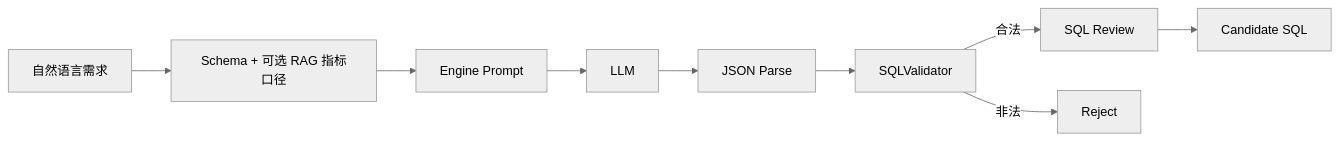
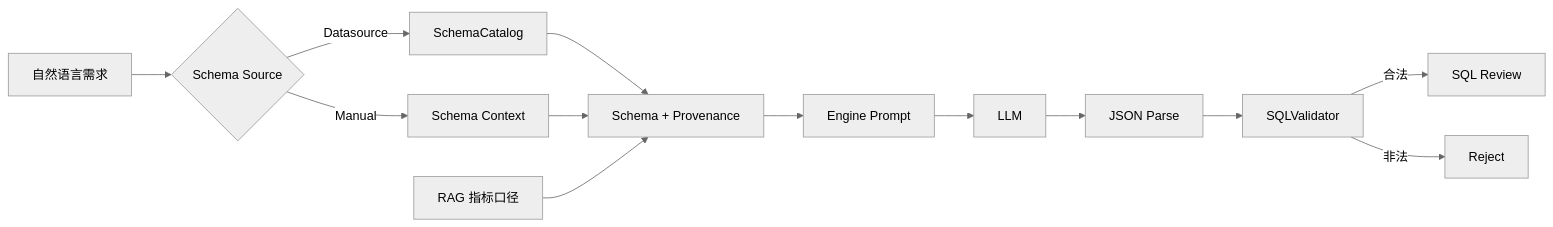
Before and after one commit to plutoczm/DataCopilot: the sixth of 10 diagrams in docs/ARCHITECTURE.md, drawn with Mermaid (neutral theme). The commit also changed other lines of this file, not shown here.

Commit message:
docs: add schema catalog and result oracle architecture

````diff
--- a/docs/ARCHITECTURE.md
+++ b/docs/ARCHITECTURE.md
@@ -129,11 +155,15 @@
 ```mermaid
 flowchart LR
-    NL[自然语言需求] --> Context[Schema + 可选 RAG 指标口径]
+    NL[自然语言需求] --> Source{Schema Source}
+    Source -->|Datasource| Catalog[SchemaCatalog]
+    Source -->|Manual| Manual[Schema Context]
+    Catalog --> Context[Schema + Provenance]
+    Manual --> Context
+    KB[RAG 指标口径] --> Context
     Context --> Prompt[Engine Prompt]
     Prompt --> LLM
     LLM --> Parse[JSON Parse]
     Parse --> Validator[SQLValidator]
     Validator -->|合法| Review[SQL Review]
     Validator -->|非法| Reject[Reject]
-    Review --> Candidate[Candidate SQL]
 ```
````
